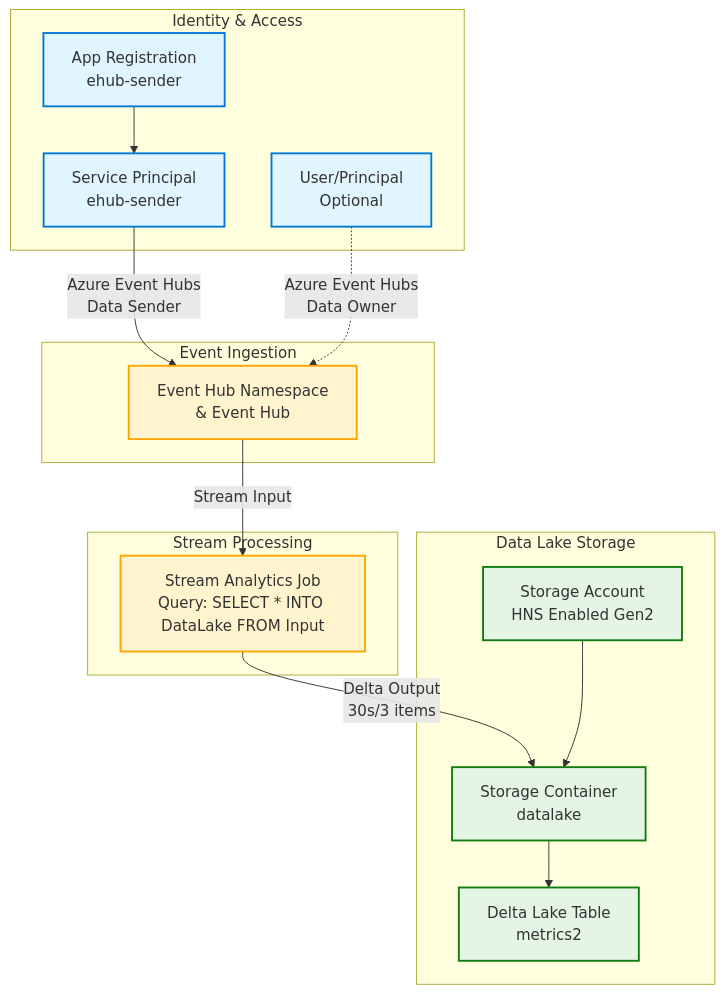
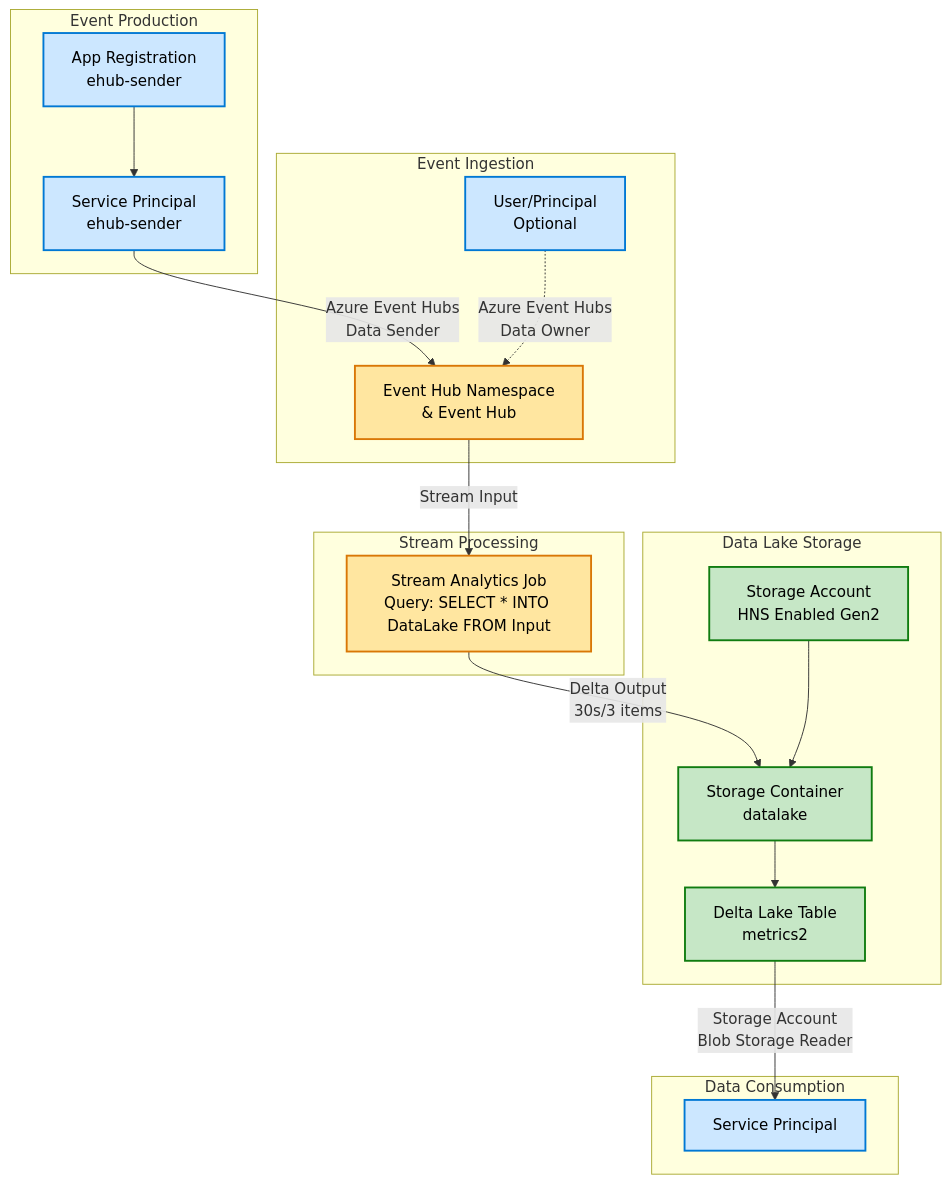
One commit to jcoliz/AzStorage.DeltaLake changed the diagram in infra/README.md. Above: the diagram before and after it, drawn with Mermaid. The commit also changed 1 other file, not shown here.

Commit message:
docs(readme): add updated consumer details

````diff
--- a/infra/README.md
+++ b/infra/README.md
@@ -11,39 +11,44 @@
 ```mermaid
 graph TB
-    subgraph "Identity & Access"
+    subgraph "Event Production"
         AppReg[App Registration<br/>ehub-sender]
         SP[Service Principal<br/>ehub-sender]
-        User[User/Principal<br/>Optional]
     end
 
     subgraph "Event Ingestion"
+        User[User/Principal<br/>Optional]
         EH[Event Hub Namespace<br/>& Event Hub]
     end
 
     subgraph "Stream Processing"
         ASA[Stream Analytics Job<br/>Query: SELECT * INTO DataLake FROM Input]
     end
 
     subgraph "Data Lake Storage"
         SA[Storage Account<br/>HNS Enabled Gen2]
         Container[Storage Container<br/>datalake]
         DeltaTable[Delta Lake Table<br/>metrics2]
     end
 
+    subgraph "Data Consumption"
+        Consumer[Service Principal]
+    end
+
     AppReg --> SP
     SP -->|Azure Event Hubs<br/>Data Sender| EH
     User -.->|Azure Event Hubs<br/>Data Owner| EH
     
     EH -->|Stream Input| ASA
     ASA -->|Delta Output<br/>30s/3 items| Container
     Container --> DeltaTable
     SA --> Container
+    DeltaTable --> |Storage Account<br/>Blob Storage Reader| Consumer
 
-    classDef identity fill:#e1f5ff,stroke:#0078d4,stroke-width:2px
-    classDef compute fill:#fff4ce,stroke:#ffa500,stroke-width:2px
-    classDef storage fill:#e5f5e5,stroke:#107c10,stroke-width:2px
+    classDef identity fill:#cce7ff,stroke:#0078d4,stroke-width:2px,color:#000
+    classDef compute fill:#ffe6a0,stroke:#d97706,stroke-width:2px,color:#000
+    classDef storage fill:#c6e7c6,stroke:#107c10,stroke-width:2px,color:#000
     
-    class AppReg,SP,User identity
+    class AppReg,SP,User,Consumer identity
     class EH,ASA compute
     class SA,Container,DeltaTable storage
 ```
````
